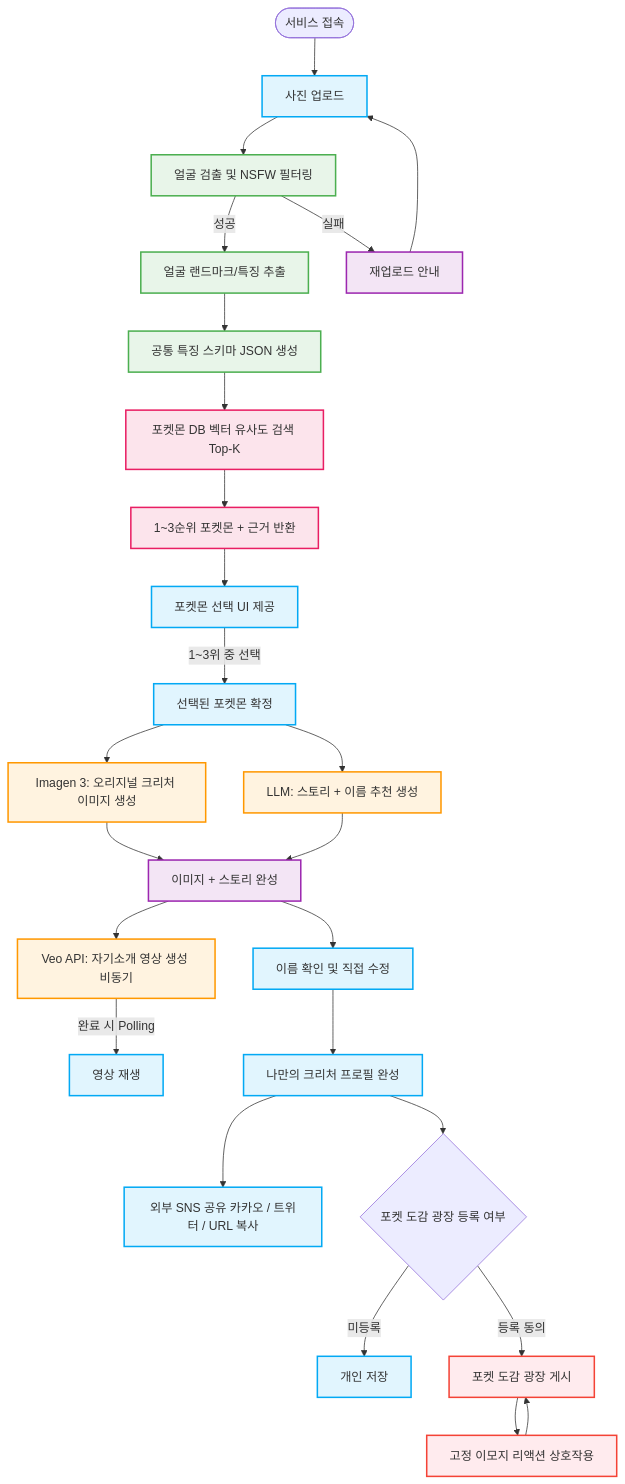
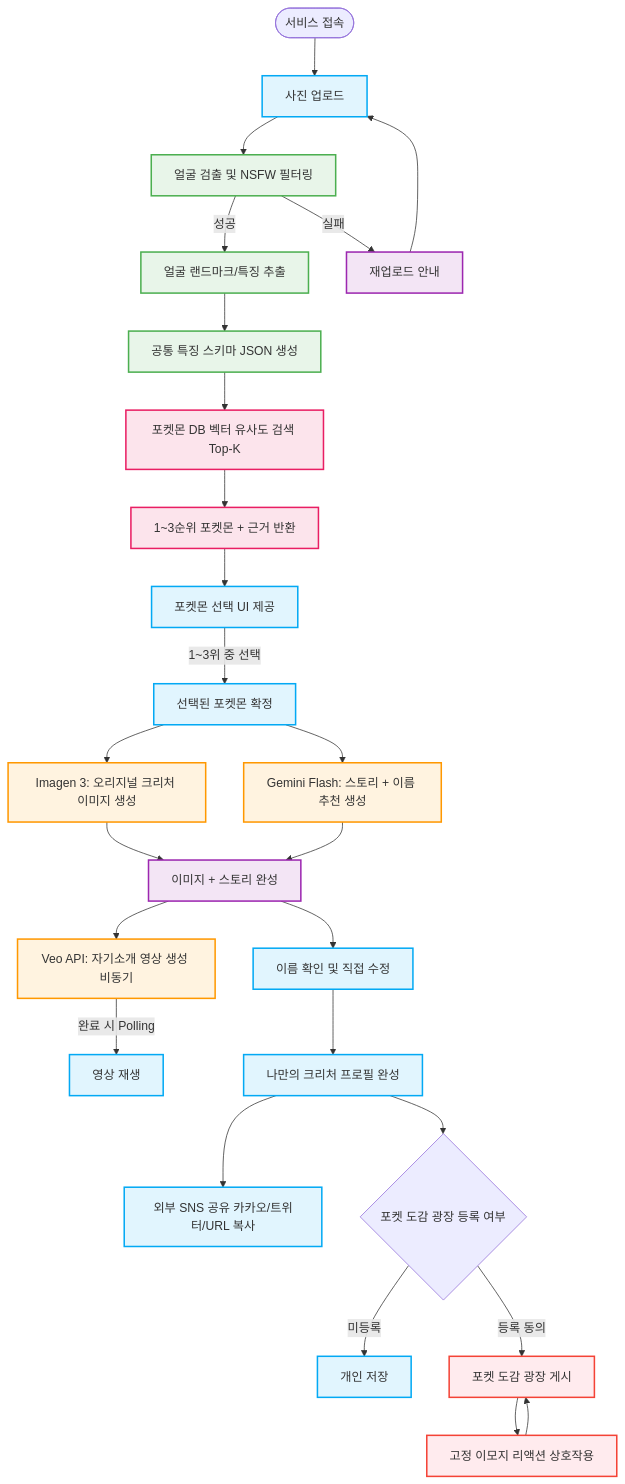
One commit to 5Baksa-Lab/pocketman changed the first of 2 diagrams in docs/기획/프로젝트_기획안_v5_최종확정.md. Above: the diagram before and after it, drawn with Mermaid. The commit also changed other lines of this file and 54 other files, not shown here.

````diff
--- a/docs/기획/프로젝트_기획안_v5_최종확정.md
+++ b/docs/기획/프로젝트_기획안_v5_최종확정.md
@@ -25,44 +74,44 @@
 ```mermaid
 graph TD
     classDef userAction fill:#e1f5fe,stroke:#03a9f4,stroke-width:2px;
     classDef systemProcess fill:#f3e5f5,stroke:#9c27b0,stroke-width:2px;
     classDef cvProcess fill:#e8f5e9,stroke:#4caf50,stroke-width:2px;
     classDef genaiProcess fill:#fff3e0,stroke:#ff9800,stroke-width:2px;
     classDef socialAction fill:#ffebee,stroke:#f44336,stroke-width:2px;
     classDef dbProcess fill:#fce4ec,stroke:#e91e63,stroke-width:2px;
 
     Start([서비스 접속]) --> Upload[사진 업로드]:::userAction
     Upload --> CV_Detect[얼굴 검출 및 NSFW 필터링]:::cvProcess
 
     CV_Detect --> |성공| CV_Extract[얼굴 랜드마크/특징 추출]:::cvProcess
     CV_Detect --> |실패| Error[재업로드 안내]:::systemProcess --> Upload
 
     CV_Extract --> Schema[공통 특징 스키마 JSON 생성]:::cvProcess
 
     Schema --> VectorSearch[포켓몬 DB 벡터 유사도 검색 Top-K]:::dbProcess
     VectorSearch --> TopK[1~3순위 포켓몬 + 근거 반환]:::dbProcess
 
     TopK --> SelectUI[포켓몬 선택 UI 제공]:::userAction
     SelectUI --> |1~3위 중 선택| SelectedPokemon[선택된 포켓몬 확정]:::userAction
 
     SelectedPokemon --> Gen_Image[Imagen 3: 오리지널 크리처 이미지 생성]:::genaiProcess
-    SelectedPokemon --> Gen_Story[LLM: 스토리 + 이름 추천 생성]:::genaiProcess
+    SelectedPokemon --> Gen_Story[Gemini Flash: 스토리 + 이름 추천 생성]:::genaiProcess
 
     Gen_Image --> Parallel_Done[이미지 + 스토리 완성]:::systemProcess
     Gen_Story --> Parallel_Done
 
     Parallel_Done --> VeoJob[Veo API: 자기소개 영상 생성 비동기]:::genaiProcess
     Parallel_Done --> NameEdit[이름 확인 및 직접 수정]:::userAction
 
     VeoJob --> |완료 시 Polling| VideoReady[영상 재생]:::userAction
     NameEdit --> Result[나만의 크리처 프로필 완성]:::userAction
 
-    Result --> Share[외부 SNS 공유 카카오 / 트위터 / URL 복사]:::userAction
+    Result --> Share[외부 SNS 공유 카카오/트위터/URL 복사]:::userAction
     Result --> Choice{포켓 도감 광장 등록 여부}
 
     Choice --> |미등록| Save[개인 저장]:::userAction
     Choice --> |등록 동의| Feed[포켓 도감 광장 게시]:::socialAction
 
     Feed --> Interact[고정 이모지 리액션 상호작용]:::socialAction
     Interact --> Feed
 ```
````
